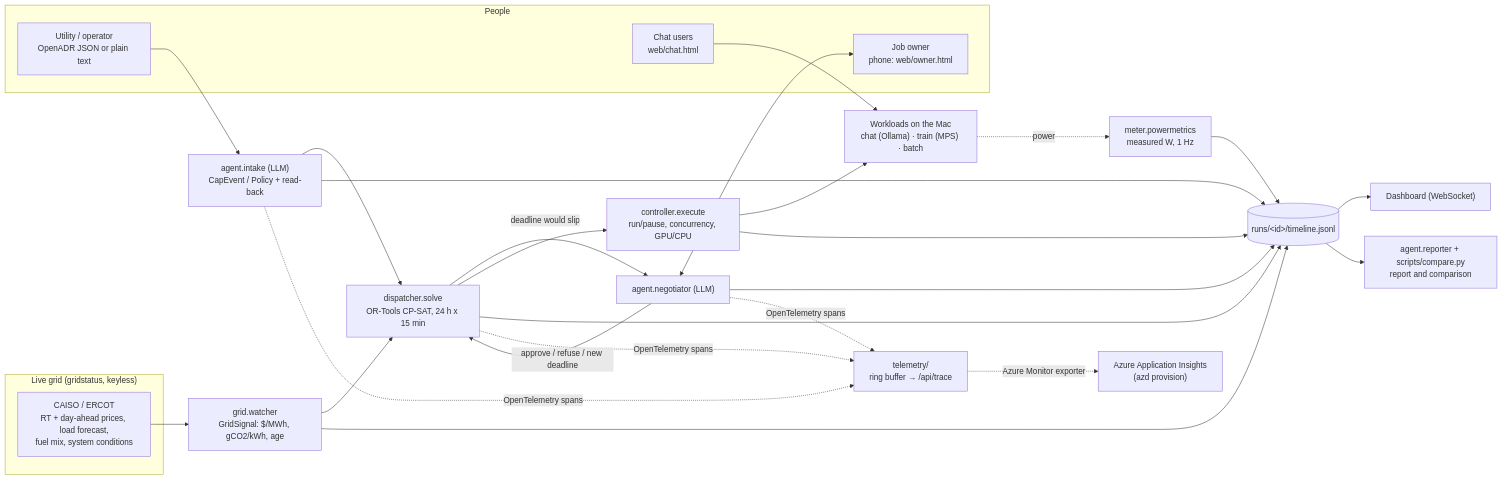
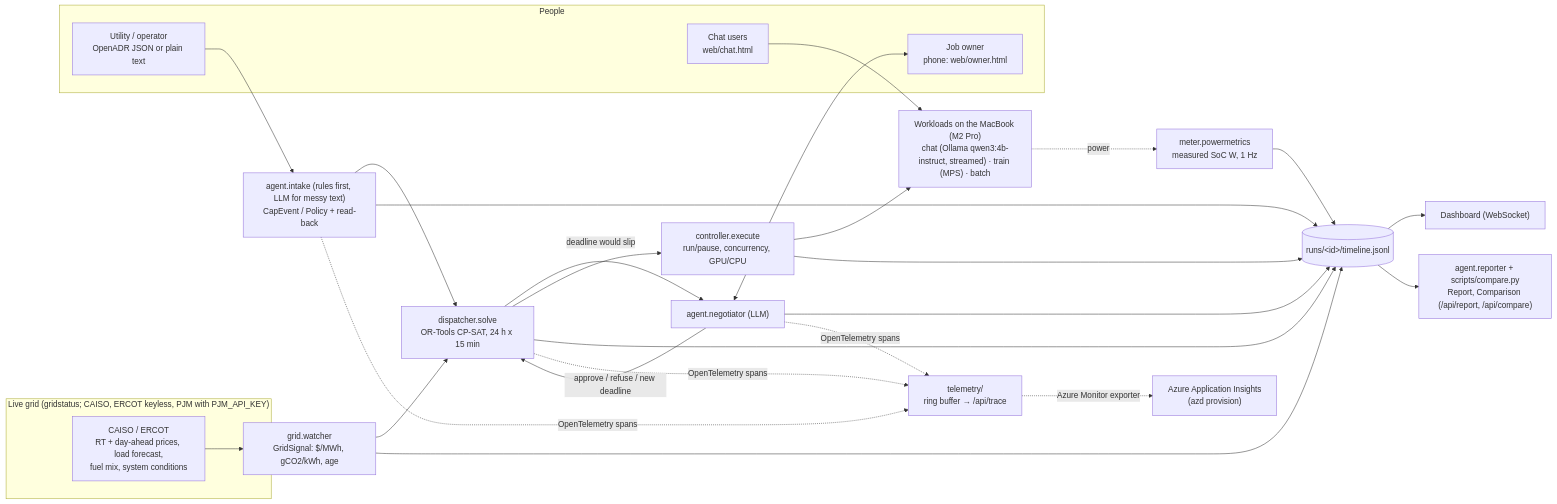
The diagram in docs/architecture.md (AryenP/griddy), drawn with Mermaid before and after one commit. The commit also changed 6 other files, not shown here.

````diff
--- a/docs/architecture.md
+++ b/docs/architecture.md
@@ -5,27 +5,27 @@
 ```mermaid
 flowchart LR
-  subgraph Grid["Live grid (gridstatus, keyless)"]
+  subgraph Grid["Live grid (gridstatus; CAISO, ERCOT keyless, PJM with PJM_API_KEY)"]
     ISO["CAISO / ERCOT<br/>RT + day-ahead prices, load forecast,<br/>fuel mix, system conditions"]
   end
   subgraph People
     U["Utility / operator<br/>OpenADR JSON or plain text"]
     O["Job owner<br/>phone: web/owner.html"]
     J["Chat users<br/>web/chat.html"]
   end
   ISO --> W["grid.watcher<br/>GridSignal: $/MWh, gCO2/kWh, age"]
-  U --> I["agent.intake (LLM)<br/>CapEvent / Policy + read-back"]
+  U --> I["agent.intake (rules first, LLM for messy text)<br/>CapEvent / Policy + read-back"]
   W --> S["dispatcher.solve<br/>OR-Tools CP-SAT, 24 h x 15 min"]
   I --> S
   S -- "deadline would slip" --> N["agent.negotiator (LLM)"]
   N <--> O
   N -- "approve / refuse / new deadline" --> S
   S --> C["controller.execute<br/>run/pause, concurrency, GPU/CPU"]
-  C --> K["Workloads on the Mac<br/>chat (Ollama) · train (MPS) · batch"]
+  C --> K["Workloads on the MacBook (M2 Pro)<br/>chat (Ollama qwen3:4b-instruct, streamed) · train (MPS) · batch"]
   J --> K
-  K -. "power" .-> M["meter.powermetrics<br/>measured W, 1 Hz"]
+  K -. "power" .-> M["meter.powermetrics<br/>measured SoC W, 1 Hz"]
   W & S & C & M & I & N --> T[("runs/&lt;id&gt;/timeline.jsonl")]
   T --> D["Dashboard (WebSocket)"]
-  T --> R["agent.reporter + scripts/compare.py<br/>report and comparison"]
+  T --> R["agent.reporter + scripts/compare.py<br/>Report, Comparison (/api/report, /api/compare)"]
   I & N & S -. "OpenTelemetry spans" .-> OT["telemetry/<br/>ring buffer → /api/trace"]
   OT -. "Azure Monitor exporter" .-> AI["Azure Application Insights<br/>(azd provision)"]
 ```
````
